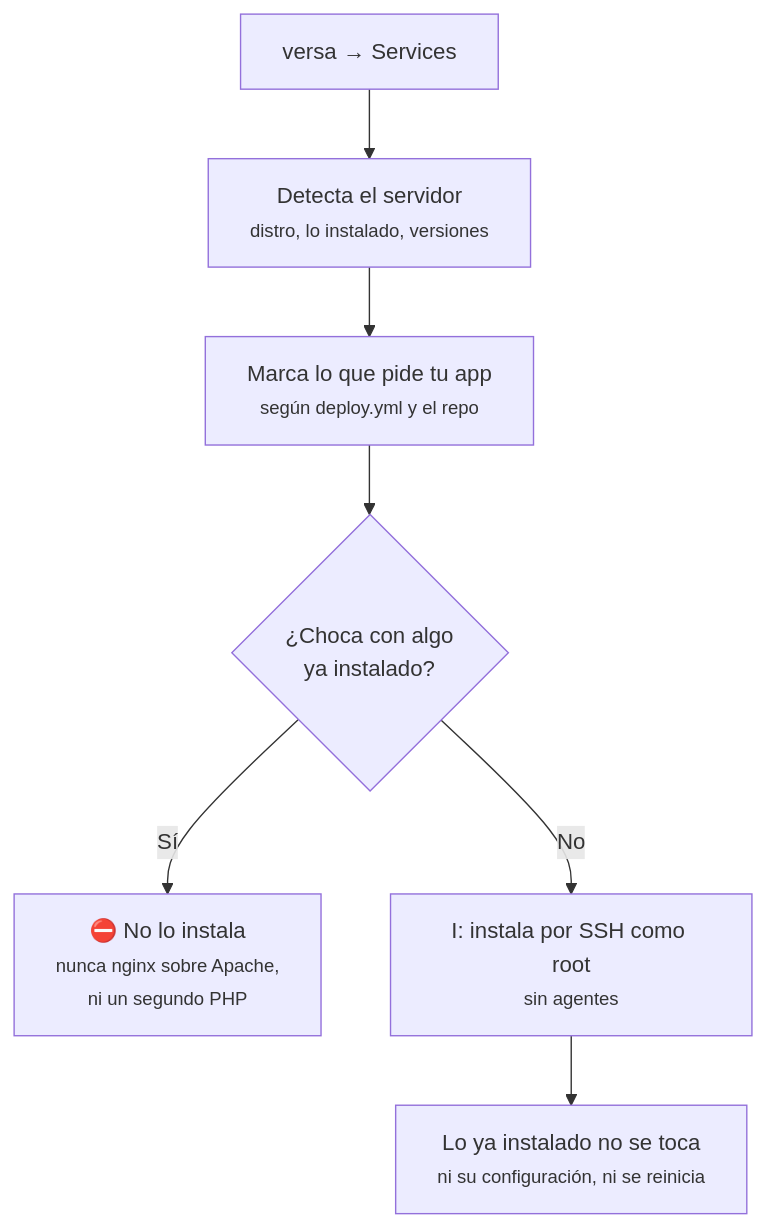
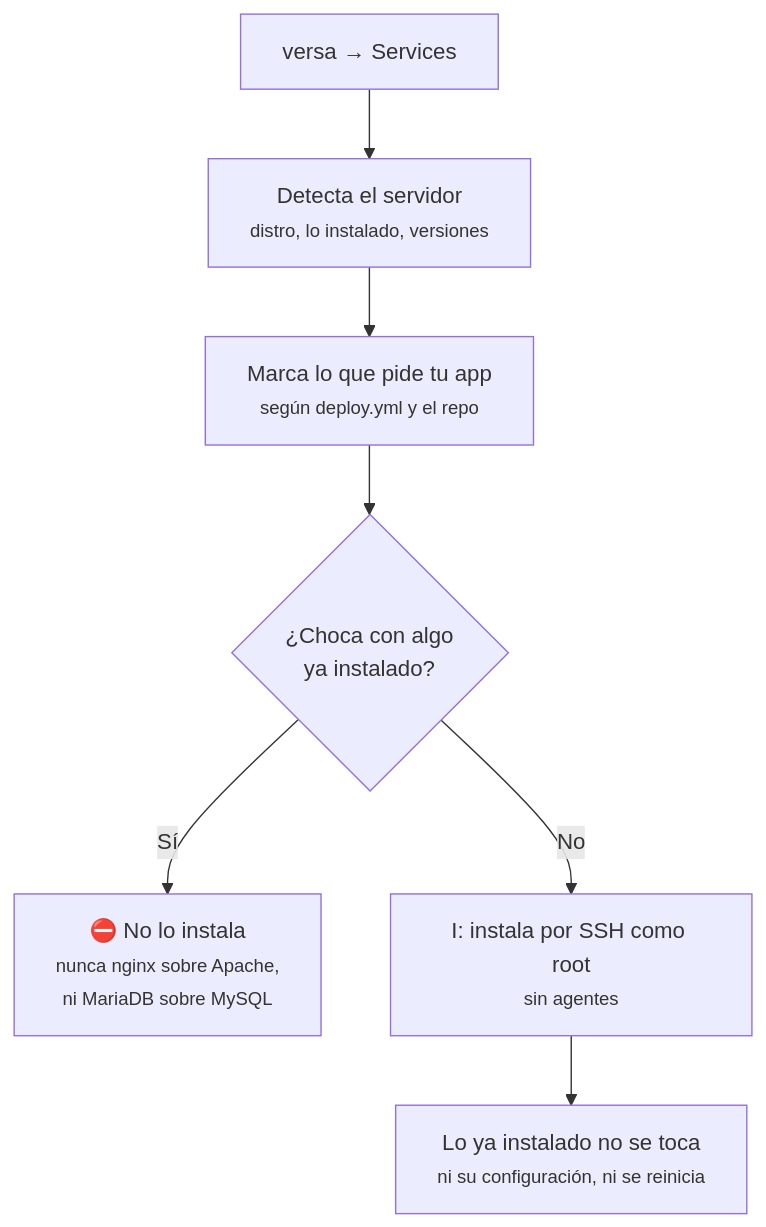
One commit to kriollo/versaDeploy changed the seventh of 7 diagrams in site/docs/flows.es.md. Above: the diagram before and after it, drawn with Mermaid. The commit also changed 40 other files, not shown here.

````diff
--- a/site/docs/flows.es.md
+++ b/site/docs/flows.es.md
@@ -117,9 +117,9 @@
 ```mermaid
 flowchart TD
     A[versa → Services] --> B[Detecta el servidor<br><small>distro, lo instalado, versiones</small>]
     B --> C[Marca lo que pide tu app<br><small>según deploy.yml y el repo</small>]
     C --> D{¿Choca con algo<br>ya instalado?}
-    D -- Sí --> X[⛔ No lo instala<br><small>nunca nginx sobre Apache,<br>ni un segundo PHP</small>]
+    D -- Sí --> X[⛔ No lo instala<br><small>nunca nginx sobre Apache,<br>ni MariaDB sobre MySQL</small>]
     D -- No --> E[I: instala por SSH como root<br><small>sin agentes</small>]
     E --> F[Lo ya instalado no se toca<br><small>ni su configuración, ni se reinicia</small>]
 ```
````
